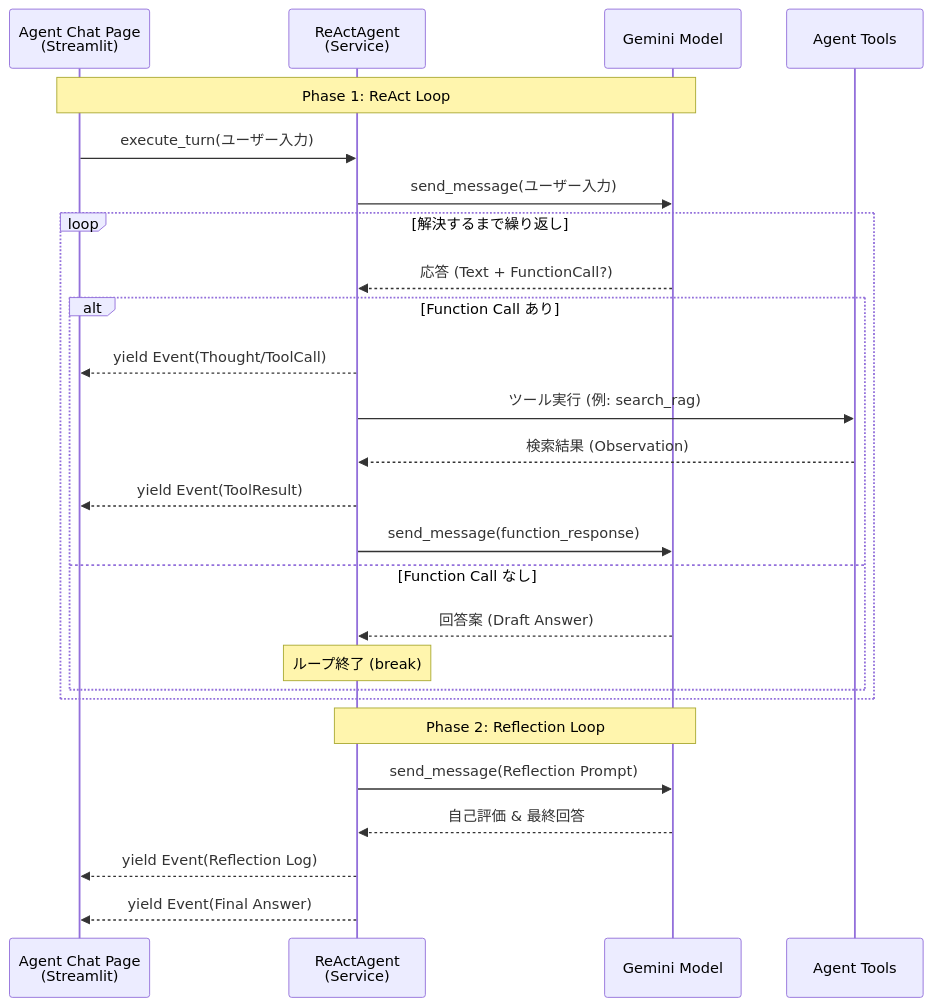
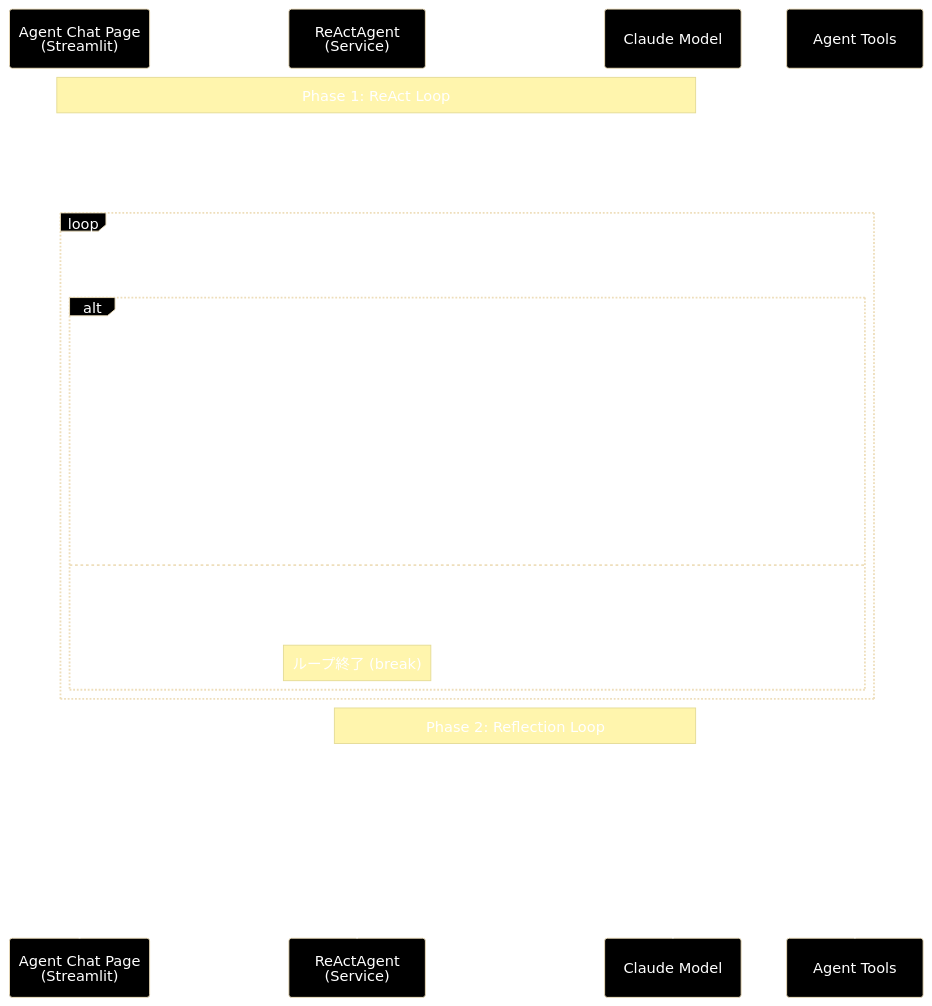
Before and after one commit to nakashima2toshio/anthropic_grace_agent: the ninth of 10 diagrams in readme_react_reflection.md, drawn with Mermaid. The commit also changed other lines of this file and 11 other files, not shown here.

````diff
--- a/readme_react_reflection.md
+++ b/readme_react_reflection.md
@@ -798,30 +837,31 @@
 ```mermaid
+%%{ init: { "theme": "base", "themeVariables": {"background": "#000000", "mainBkg": "#000000","textColor": "#ffffff", "lineColor": "#ffffff","actorBkg": "#000000", "actorTextColor": "#ffffff","actorLineColor": "#ffffff", "noteBkg": "#1a1a1a","noteTextColor": "#ffffff" } } }%%
 sequenceDiagram
     participant UI as Agent Chat Page<br>(Streamlit)
     participant Svc as ReActAgent<br>(Service)
-    participant LLM as Gemini Model
+    participant LLM as Claude Model
     participant Tool as Agent Tools
 
     Note over UI, LLM: Phase 1: ReAct Loop
     UI->>Svc: execute_turn(ユーザー入力)
     Svc->>LLM: send_message(ユーザー入力)
     loop 解決するまで繰り返し
         LLM-->>Svc: 応答 (Text + FunctionCall?)
         alt Function Call あり
             Svc-->>UI: yield Event(Thought/ToolCall)
             Svc->>Tool: ツール実行 (例: search_rag)
             Tool-->>Svc: 検索結果 (Observation)
             Svc-->>UI: yield Event(ToolResult)
             Svc->>LLM: send_message(function_response)
         else Function Call なし
             LLM-->>Svc: 回答案 (Draft Answer)
             Note over Svc: ループ終了 (break)
         end
     end
 
     Note over Svc, LLM: Phase 2: Reflection Loop
     Svc->>LLM: send_message(Reflection Prompt)
     LLM-->>Svc: 自己評価 & 最終回答
     Svc-->>UI: yield Event(Reflection Log)
     Svc-->>UI: yield Event(Final Answer)
 ```
````
